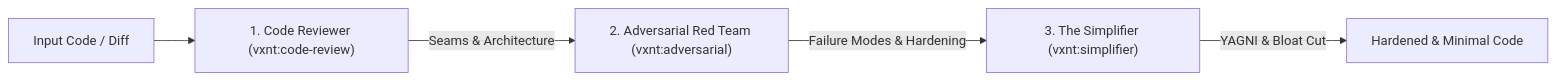
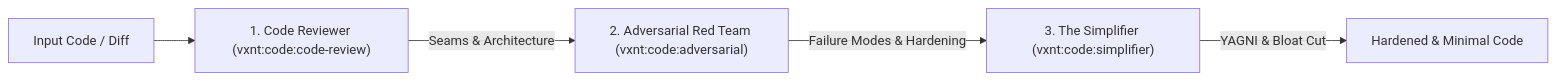
Before and after one commit to visualnaut/skills: the diagram in recipes/code-gauntlet.md, drawn with Mermaid. The commit also changed other lines of this file and 86 other files, not shown here.

````diff
--- a/recipes/code-gauntlet.md
+++ b/recipes/code-gauntlet.md
@@ -14,7 +14,7 @@
 ```mermaid
 flowchart LR
-    A["Input Code / Diff"] --> B["1. Code Reviewer (vxnt:code-review)"]
-    B -->|Seams & Architecture| C["2. Adversarial Red Team (vxnt:adversarial)"]
-    C -->|Failure Modes & Hardening| D["3. The Simplifier (vxnt:simplifier)"]
+    A["Input Code / Diff"] --> B["1. Code Reviewer (vxnt:code:code-review)"]
+    B -->|Seams & Architecture| C["2. Adversarial Red Team (vxnt:code:adversarial)"]
+    C -->|Failure Modes & Hardening| D["3. The Simplifier (vxnt:code:simplifier)"]
     D -->|YAGNI & Bloat Cut| E["Hardened & Minimal Code"]
 ```
````
